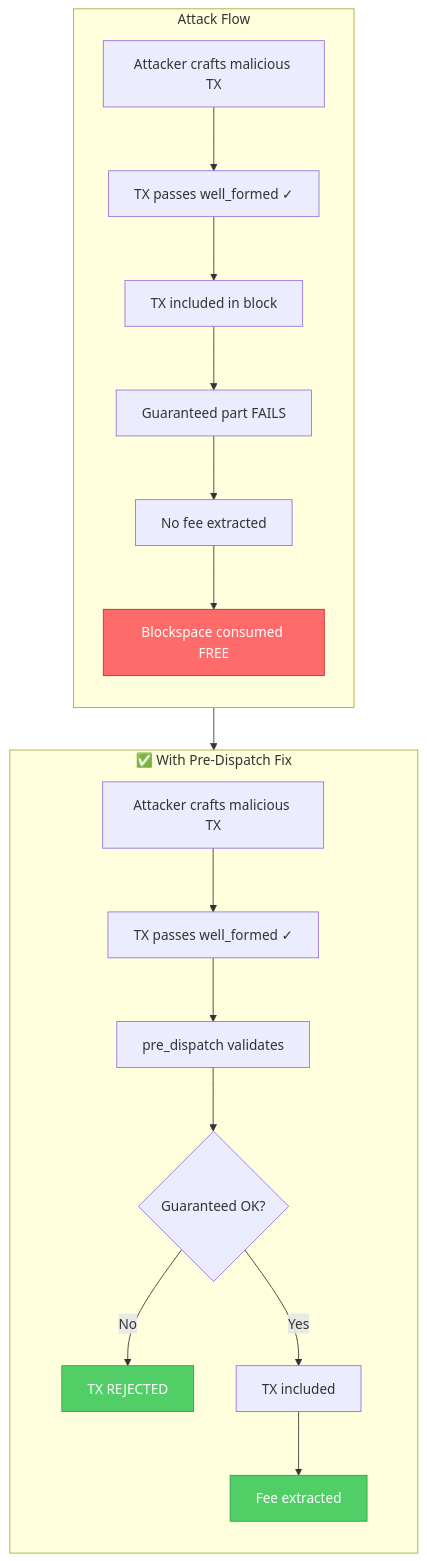
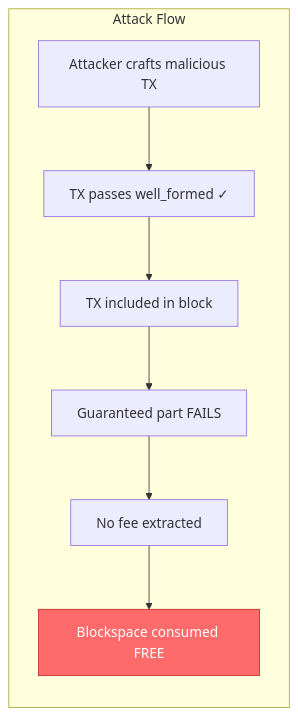
Before and after one commit to midnightntwrk/midnight-node: the first of 2 diagrams in docs/decisions/0003-prevent-feeless-blockspace-ddos.md, drawn with Mermaid.

Commit message:
diagram update

````diff
--- a/docs/decisions/0003-prevent-feeless-blockspace-ddos.md
+++ b/docs/decisions/0003-prevent-feeless-blockspace-ddos.md
@@ -22,27 +22,13 @@
 ```mermaid
 flowchart TB
     subgraph Attack["Attack Flow"]
         direction TB
         A1[Attacker crafts malicious TX] --> A2[TX passes well_formed ✓]
         A2 --> A3[TX included in block]
         A3 --> A4[Guaranteed part FAILS]
         A4 --> A5[No fee extracted]
         A5 --> A6[Blockspace consumed FREE]
     end
 
-    Attack --> Defense
-
-    subgraph Defense["✅ With Pre-Dispatch Fix"]
-        direction TB
-        B1[Attacker crafts malicious TX] --> B2[TX passes well_formed ✓]
-        B2 --> B3[pre_dispatch validates]
-        B3 --> B4{Guaranteed OK?}
-        B4 -->|No| B5[TX REJECTED]
-        B4 -->|Yes| B6[TX included]
-        B6 --> B7[Fee extracted]
-    end
-
     style A6 fill:#ff6b6b,stroke:#c92a2a,color:#fff
-    style B5 fill:#51cf66,stroke:#2f9e44,color:#fff
-    style B7 fill:#51cf66,stroke:#2f9e44,color:#fff
 ```
````
